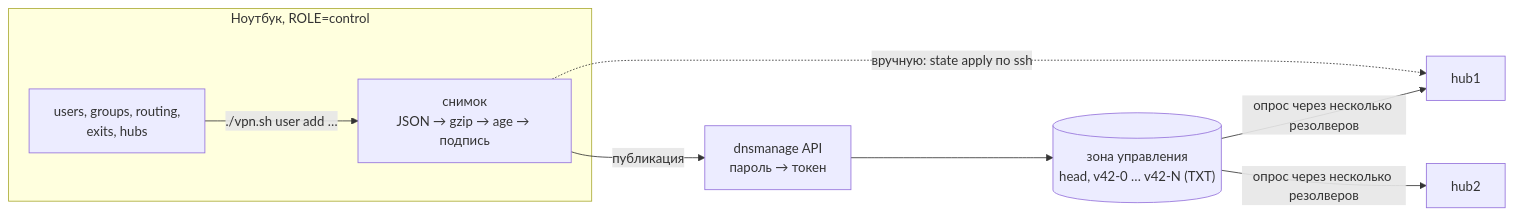
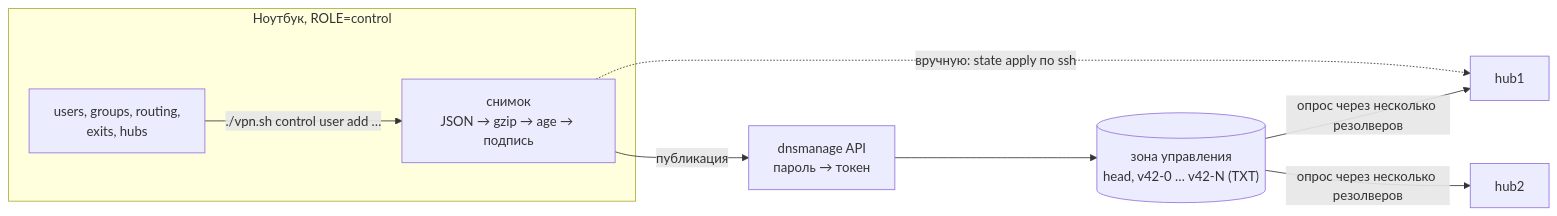
The fifth of 7 diagrams in ARCHITECTURE.md (Dx-by-Dy/custom-vpn), drawn with Mermaid before and after one commit. The commit also changed other lines of this file and 20 other files, not shown here.

````diff
--- a/ARCHITECTURE.md
+++ b/ARCHITECTURE.md
@@ -161,15 +162,15 @@
 ```mermaid
 flowchart LR
   subgraph laptop["Ноутбук, ROLE=control"]
     conf["users, groups, routing,<br/>exits, hubs"]
     snap["снимок<br/>JSON → gzip → age → подпись"]
-    conf -- "./vpn.sh user add …" --> snap
+    conf -- "./vpn.sh control user add …" --> snap
   end
   api["dnsmanage API<br/>пароль → токен"]
   zone[("зона управления<br/>head, v42-0 … v42-N (TXT)")]
   snap -- "публикация" --> api --> zone
   zone -- "опрос через несколько резолверов" --> hub1 & hub2
   snap -. "вручную: state apply по ssh" .-> hub1
   hub1["hub1"]
   hub2["hub2"]
 ```
````
